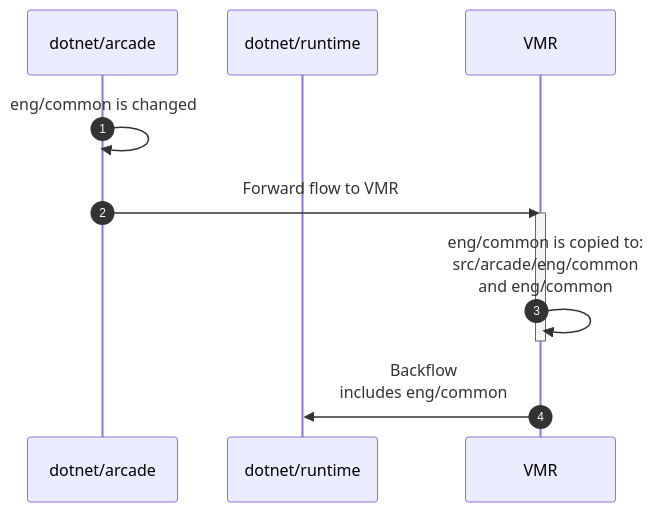
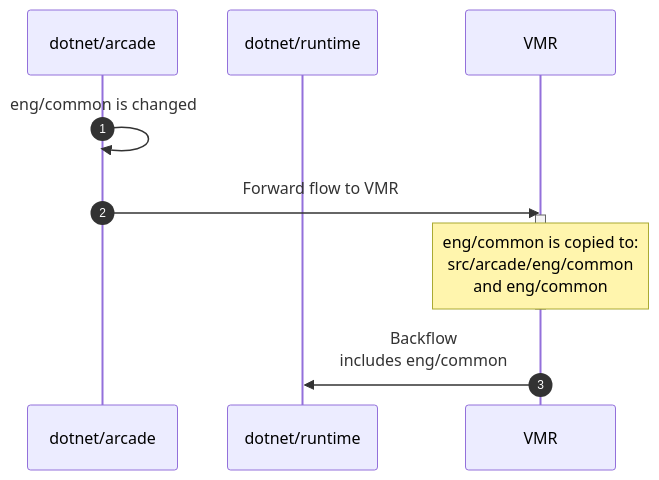
One commit to dotnet/arcade changed the sixth of 7 diagrams in Documentation/UnifiedBuild/Full-Code-Flow.md. Above: the diagram before and after it, drawn with Mermaid. The commit also changed other lines of this file, not shown here.

Commit message:
Fix high-level flow

````diff
--- a/Documentation/UnifiedBuild/Full-Code-Flow.md
+++ b/Documentation/UnifiedBuild/Full-Code-Flow.md
@@ -232,16 +234,16 @@
 ```mermaid
 sequenceDiagram
     autonumber
 
     participant arcade as dotnet/arcade
     participant runtime as dotnet/runtime
     participant VMR as VMR
 
     arcade->>arcade: eng/common is changed
     arcade->>VMR: Forward flow to VMR
     activate VMR
-    VMR->>VMR: eng/common is copied to:<br>src/arcade/eng/common<br>and eng/common
+    Note over VMR: eng/common is copied to:<br>src/arcade/eng/common<br>and eng/common
     deactivate VMR
 
     VMR->>runtime: Backflow<br>includes eng/common
 ```
````
